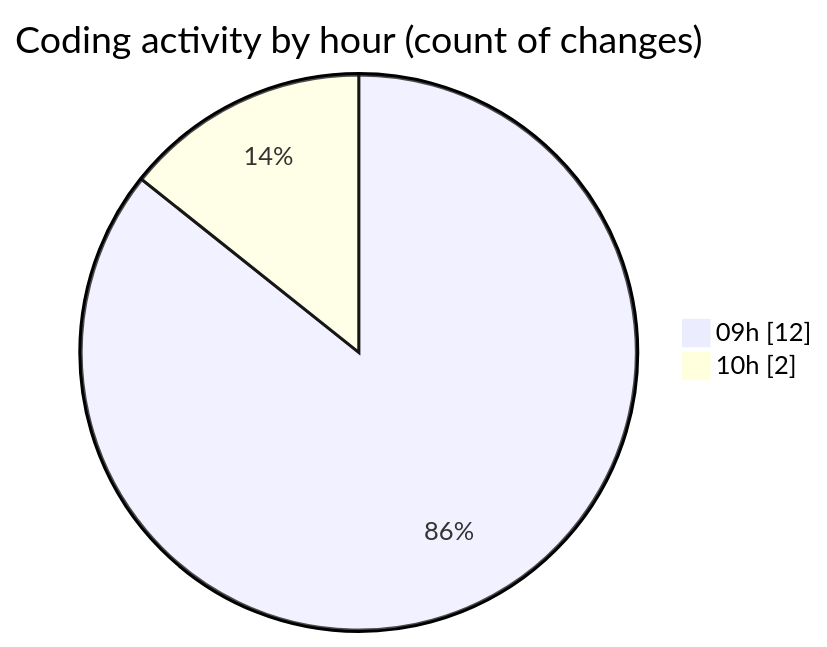
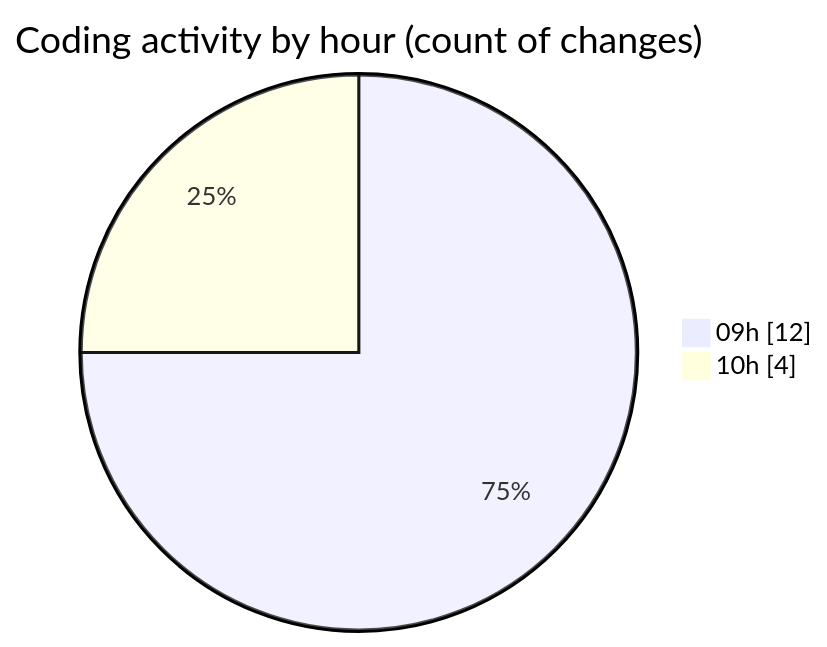
Before and after one commit to momahboobian/code-tracking: the second of 2 diagrams in 2025-09-26/cda/README.md, drawn with Mermaid. The commit also changed other lines of this file and 1 other file, not shown here.

````diff
--- a/2025-09-26/cda/README.md
+++ b/2025-09-26/cda/README.md
@@ -33,6 +34,6 @@
 ```mermaid
 pie showData
 title Coding activity by hour (count of changes)
 "09h" : 12
-"10h" : 2
+"10h" : 4
 ```
````
